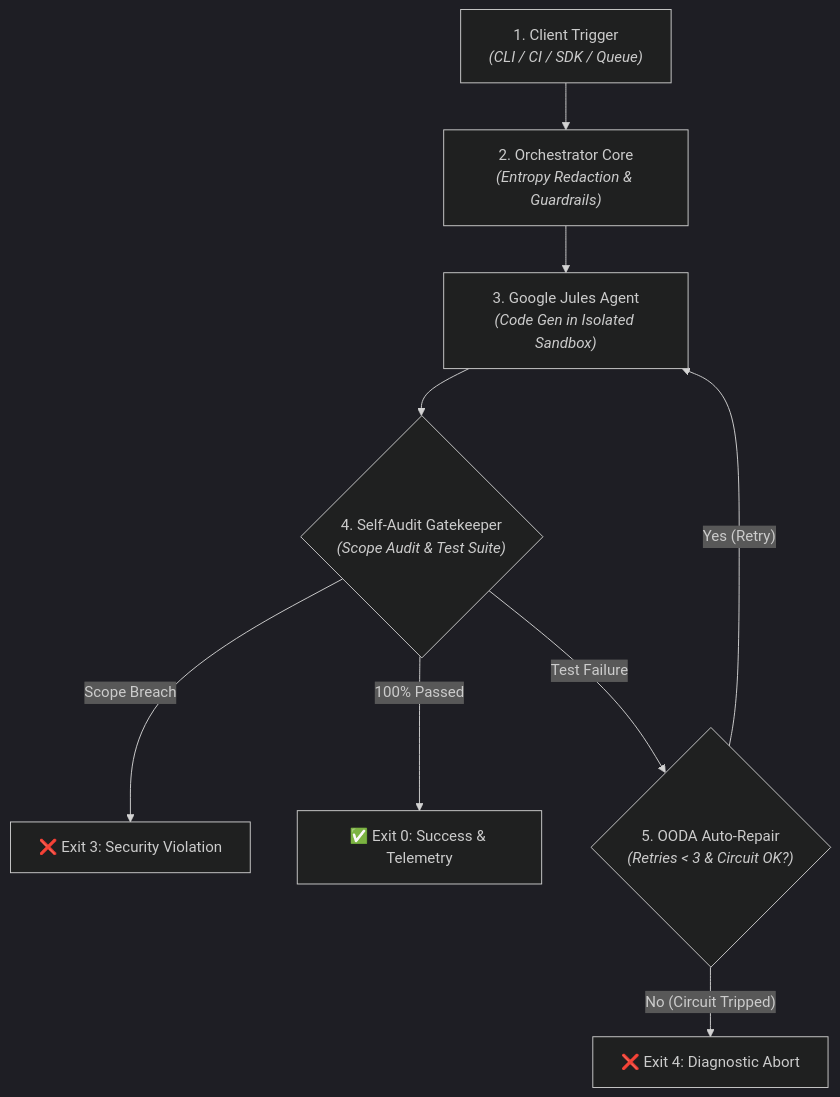
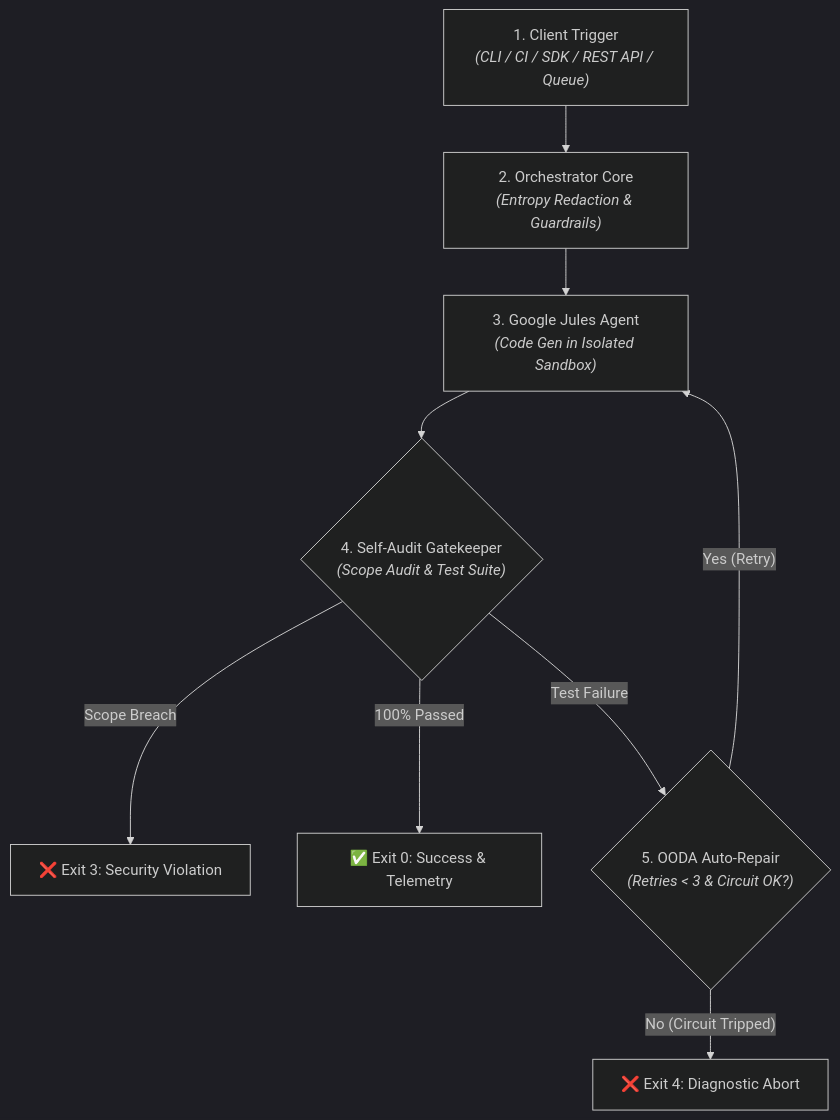
One commit to FullThrottle83/jules-orchestrator-kit changed the second of 3 diagrams in README.md. Above: the diagram before and after it, drawn with Mermaid (dark theme).

Commit message:
docs: include REST API in flowchart trigger options

````diff
--- a/README.md
+++ b/README.md
@@ -89,11 +89,11 @@
 ```mermaid
 graph TD
-    A["1. Client Trigger<br/><i>(CLI / CI / SDK / Queue)</i>"] --> B["2. Orchestrator Core<br/><i>(Entropy Redaction & Guardrails)</i>"]
+    A["1. Client Trigger<br/><i>(CLI / CI / SDK / REST API / Queue)</i>"] --> B["2. Orchestrator Core<br/><i>(Entropy Redaction & Guardrails)</i>"]
     B --> C["3. Google Jules Agent<br/><i>(Code Gen in Isolated Sandbox)</i>"]
     C --> D{"4. Self-Audit Gatekeeper<br/><i>(Scope Audit & Test Suite)</i>"}
     D -- "Scope Breach" --> E["❌ Exit 3: Security Violation"]
     D -- "100% Passed" --> F["✅ Exit 0: Success & Telemetry"]
     D -- "Test Failure" --> G{"5. OODA Auto-Repair<br/><i>(Retries < 3 & Circuit OK?)</i>"}
     G -- "Yes (Retry)" --> C
     G -- "No (Circuit Tripped)" --> H["❌ Exit 4: Diagnostic Abort"]
 ```
````
